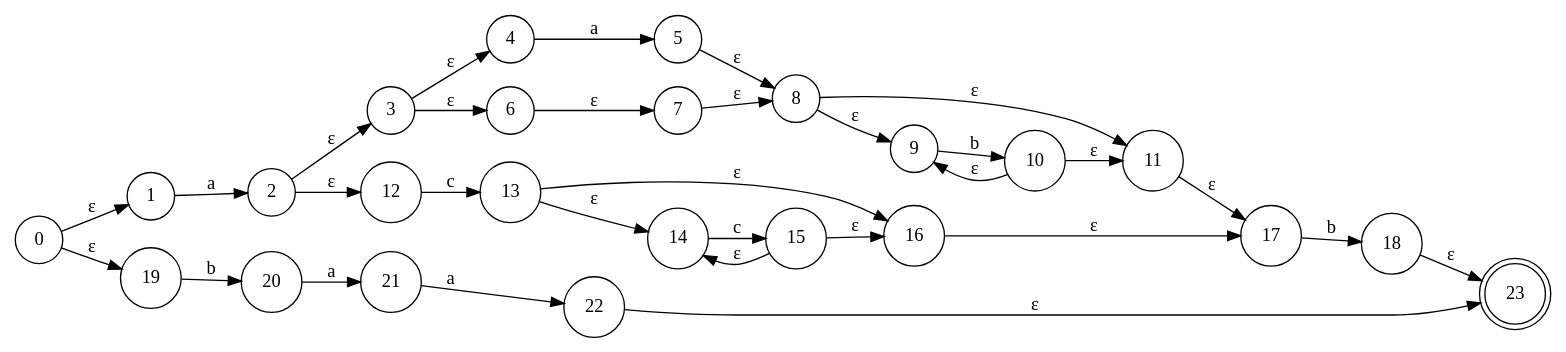
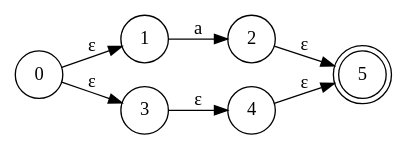
Before and after one commit to JoseGon20335/labC-lenguajes: the diagram in AFN.gv, drawn with Graphviz. The commit also changed 7 other files, not shown here.

```diff
--- a/AFN.gv
+++ b/AFN.gv
@@ -1,58 +1,16 @@
 // resultado
 digraph AFN {
 	graph [rankdir=LR]
-	2806201453584 [label=0 shape=circle]
-	2806201460640 [label=23 shape=doublecircle]
-	2806201465248 [label=1 shape=circle]
-	2806201464864 [label=2 shape=circle]
-	2806201464480 [label=3 shape=circle]
-	2806201464288 [label=4 shape=circle]
-	2806201464192 [label=5 shape=circle]
-	2806201463808 [label=6 shape=circle]
-	2806201463712 [label=7 shape=circle]
-	2806201464384 [label=8 shape=circle]
-	2806201462656 [label=11 shape=circle]
-	2806201463040 [label=9 shape=circle]
-	2806201462944 [label=10 shape=circle]
-	2806201462176 [label=12 shape=circle]
-	2806201461792 [label=13 shape=circle]
-	2806201461216 [label=16 shape=circle]
-	2806201461600 [label=14 shape=circle]
-	2806201461504 [label=15 shape=circle]
-	2806201465392 [label=17 shape=circle]
-	2806201464576 [label=18 shape=circle]
-	2806201454640 [label=19 shape=circle]
-	2806201454112 [label=20 shape=circle]
-	2806201455456 [label=21 shape=circle]
-	2806201460256 [label=22 shape=circle]
-	2806201453584 -> 2806201465248 [label="ε"]
-	2806201453584 -> 2806201454640 [label="ε"]
-	2806201465248 -> 2806201464864 [label=a]
-	2806201464864 -> 2806201464480 [label="ε"]
-	2806201464864 -> 2806201462176 [label="ε"]
-	2806201464480 -> 2806201464288 [label="ε"]
-	2806201464480 -> 2806201463808 [label="ε"]
-	2806201464288 -> 2806201464192 [label=a]
-	2806201464192 -> 2806201464384 [label="ε"]
-	2806201463808 -> 2806201463712 [label="ε"]
-	2806201463712 -> 2806201464384 [label="ε"]
-	2806201464384 -> 2806201463040 [label="ε"]
-	2806201464384 -> 2806201462656 [label="ε"]
-	2806201462656 -> 2806201465392 [label="ε"]
-	2806201463040 -> 2806201462944 [label=b]
-	2806201462944 -> 2806201462656 [label="ε"]
-	2806201462944 -> 2806201463040 [label="ε"]
-	2806201462176 -> 2806201461792 [label=c]
-	2806201461792 -> 2806201461600 [label="ε"]
-	2806201461792 -> 2806201461216 [label="ε"]
-	2806201461216 -> 2806201465392 [label="ε"]
-	2806201461600 -> 2806201461504 [label=c]
-	2806201461504 -> 2806201461216 [label="ε"]
-	2806201461504 -> 2806201461600 [label="ε"]
-	2806201465392 -> 2806201464576 [label=b]
-	2806201464576 -> 2806201460640 [label="ε"]
-	2806201454640 -> 2806201454112 [label=b]
-	2806201454112 -> 2806201455456 [label=a]
-	2806201455456 -> 2806201460256 [label=a]
-	2806201460256 -> 2806201460640 [label="ε"]
+	1952709987200 [label=0 shape=circle]
+	1952709990704 [label=5 shape=doublecircle]
+	1952709989984 [label=1 shape=circle]
+	1952709987824 [label=2 shape=circle]
+	1952709990320 [label=3 shape=circle]
+	1952709990416 [label=4 shape=circle]
+	1952709987200 -> 1952709989984 [label="ε"]
+	1952709987200 -> 1952709990320 [label="ε"]
+	1952709989984 -> 1952709987824 [label=a]
+	1952709987824 -> 1952709990704 [label="ε"]
+	1952709990320 -> 1952709990416 [label="ε"]
+	1952709990416 -> 1952709990704 [label="ε"]
 }
```
